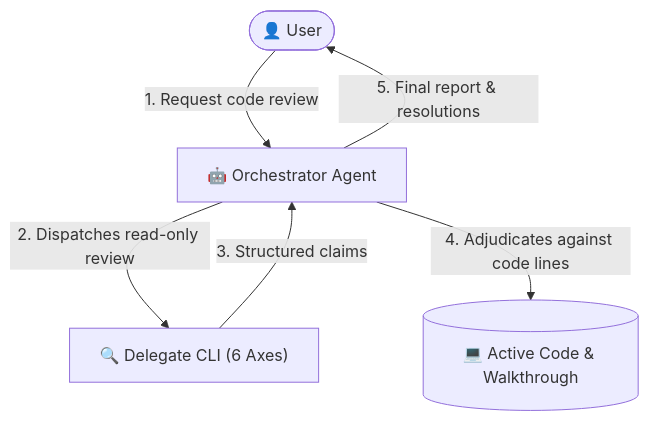
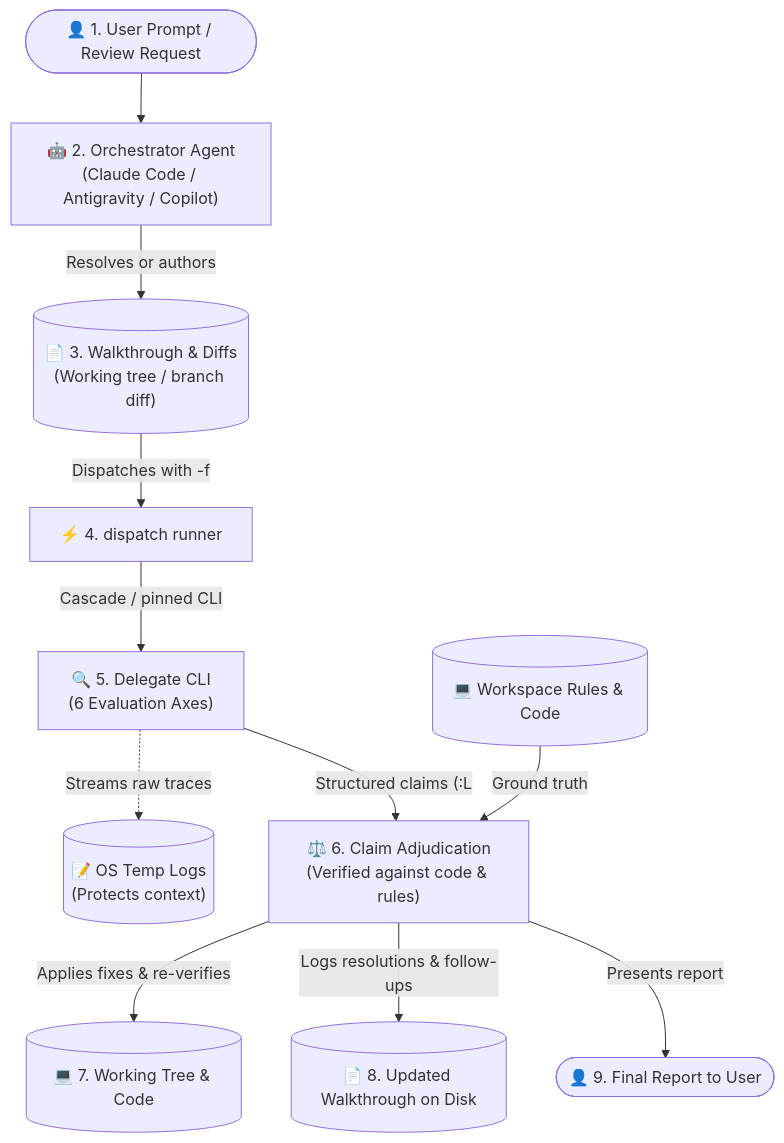
The diagram in skills/dispatch-code-review/README.md (Gyunikuchan/dispatch-skills), drawn with Mermaid before and after one commit. The commit also changed other lines of this file, not shown here.

Commit message:
docs(dispatch-code-review): rewrite README to align with human documentation standards

````diff
--- a/skills/dispatch-code-review/README.md
+++ b/skills/dispatch-code-review/README.md
@@ -16,8 +16,17 @@
 ```mermaid
 flowchart TD
-    User(["👤 User"]) -->|"1. Request code review"| Orchestrator["🤖 Orchestrator Agent"]
-    Orchestrator -->|"2. Dispatches read-only review"| Delegate["🔍 Delegate CLI (6 Axes)"]
-    Delegate -->|"3. Structured claims"| Orchestrator
-    Orchestrator -->|"4. Adjudicates against code lines"| Codebase[("💻 Active Code & Walkthrough")]
-    Orchestrator -->|"5. Final report & resolutions"| User
+    Prompt(["👤 1. User Prompt / Review Request"]) --> Orchestrator["🤖 2. Orchestrator Agent<br/>(Claude Code / Antigravity / Copilot)"]
+    
+    Orchestrator -->|"Resolves or authors"| Walkthrough[("📄 3. Walkthrough & Diffs<br/>(Working tree / branch diff)")]
+    Walkthrough -->|"Dispatches with -f"| Dispatch["⚡ 4. dispatch runner"]
+    
+    Dispatch -->|"Cascade / pinned CLI"| Delegate["🔍 5. Delegate CLI<br/>(6 Evaluation Axes)"]
+    Delegate -.->|"Streams raw traces"| Logs[("📝 OS Temp Logs<br/>(Protects context)")]
+    
+    Delegate -->|"Structured claims (<file>:L<line>)"| Adjudicate["⚖️ 6. Claim Adjudication<br/>(Verified against code & rules)"]
+    Codebase[("💻 Workspace Rules & Code")] -->|"Ground truth"| Adjudicate
+    
+    Adjudicate -->|"Applies fixes & re-verifies"| WorkTree[("💻 7. Working Tree & Code")]
+    Adjudicate -->|"Logs resolutions & follow-ups"| UpdatedWalkthrough[("📄 8. Updated Walkthrough on Disk")]
+    Adjudicate -->|"Presents report"| Report(["👤 9. Final Report to User"])
 ```
````
